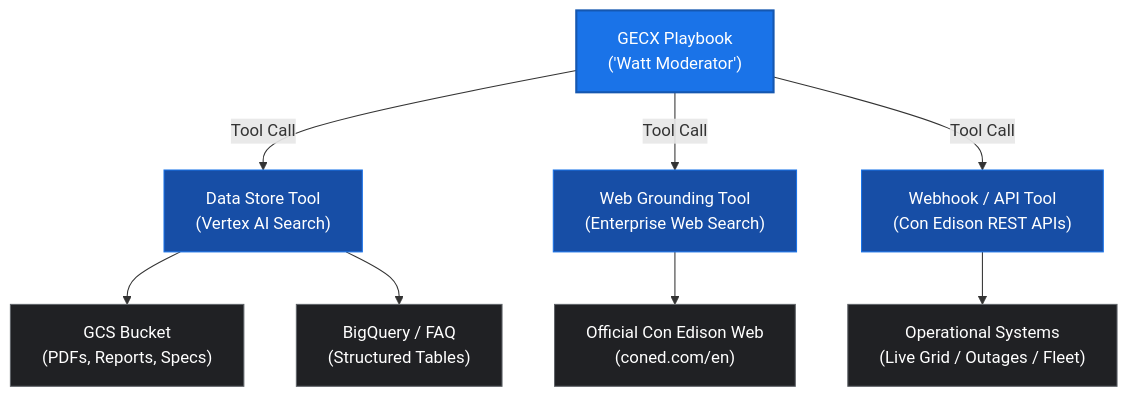
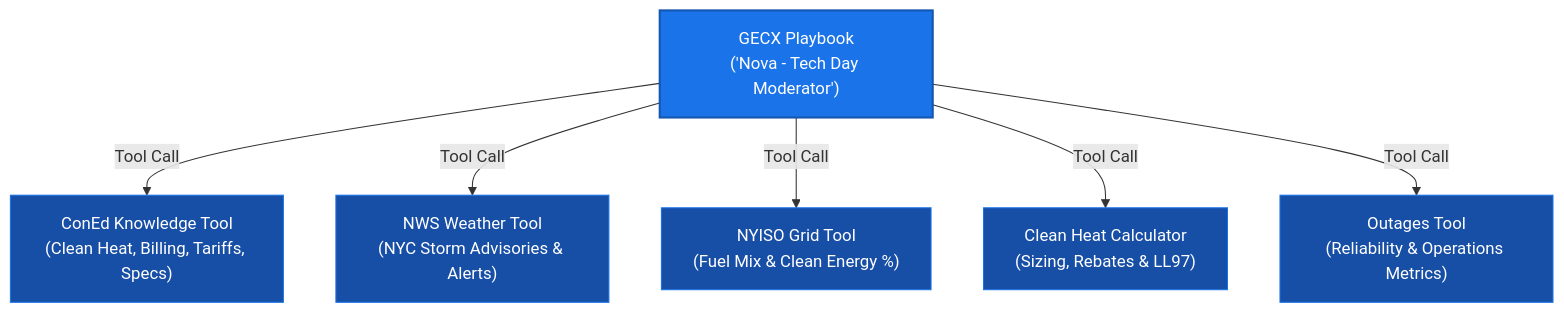
Before and after one commit to pparthas83/TechDay_AI_App: the diagram in README.md, drawn with Mermaid. The commit also changed other lines of this file, not shown here.

Commit message:
docs: update README for Nova moderator persona, keynote stage mode, and GECX tools

````diff
--- a/README.md
+++ b/README.md
@@ -86,30 +89,22 @@
 ```mermaid
 flowchart TD
-    Playbook["GECX Playbook<br>('Watt Moderator')"]
+    Playbook["GECX Playbook<br>('Nova - Tech Day Moderator')"]
     
-    DataStore["Data Store Tool<br>(Vertex AI Search)"]
-    WebGrounding["Web Grounding Tool<br>(Enterprise Web Search)"]
-    WebhookTool["Webhook / API Tool<br>(Con Edison REST APIs)"]
+    KnowledgeTool["ConEd Knowledge Tool<br>(Clean Heat, Billing, Tariffs, Specs)"]
+    WeatherTool["NWS Weather Tool<br>(NYC Storm Advisories & Alerts)"]
+    GridTool["NYISO Grid Tool<br>(Fuel Mix & Clean Energy %)"]
+    CalcTool["Clean Heat Calculator<br>(Sizing, Rebates & LL97)"]
+    OutageTool["Outages Tool<br>(Reliability & Operations Metrics)"]
     
-    GCS["GCS Bucket<br>(PDFs, Reports, Specs)"]
-    BQ["BigQuery / FAQ<br>(Structured Tables)"]
-    ConEdWeb["Official Con Edison Web<br>(coned.com/en)"]
-    GridTelemetry["Operational Systems<br>(Live Grid / Outages / Fleet)"]
-
-    Playbook -->|"Tool Call"| DataStore
-    Playbook -->|"Tool Call"| WebGrounding
-    Playbook -->|"Tool Call"| WebhookTool
-
-    DataStore --> GCS
-    DataStore --> BQ
-    WebGrounding --> ConEdWeb
-    WebhookTool --> GridTelemetry
+    Playbook -->|"Tool Call"| KnowledgeTool
+    Playbook -->|"Tool Call"| WeatherTool
+    Playbook -->|"Tool Call"| GridTool
+    Playbook -->|"Tool Call"| CalcTool
+    Playbook -->|"Tool Call"| OutageTool
 
     classDef primary fill:#1a73e8,stroke:#1557b0,color:#ffffff,stroke-width:2px;
     classDef tool fill:#174ea6,stroke:#1a73e8,color:#ffffff;
-    classDef repo fill:#202124,stroke:#5f6368,color:#ffffff;
 
     class Playbook primary;
-    class DataStore,WebGrounding,WebhookTool tool;
-    class GCS,BQ,ConEdWeb,GridTelemetry repo;
+    class KnowledgeTool,WeatherTool,GridTool,CalcTool,OutageTool tool;
 ```
````
